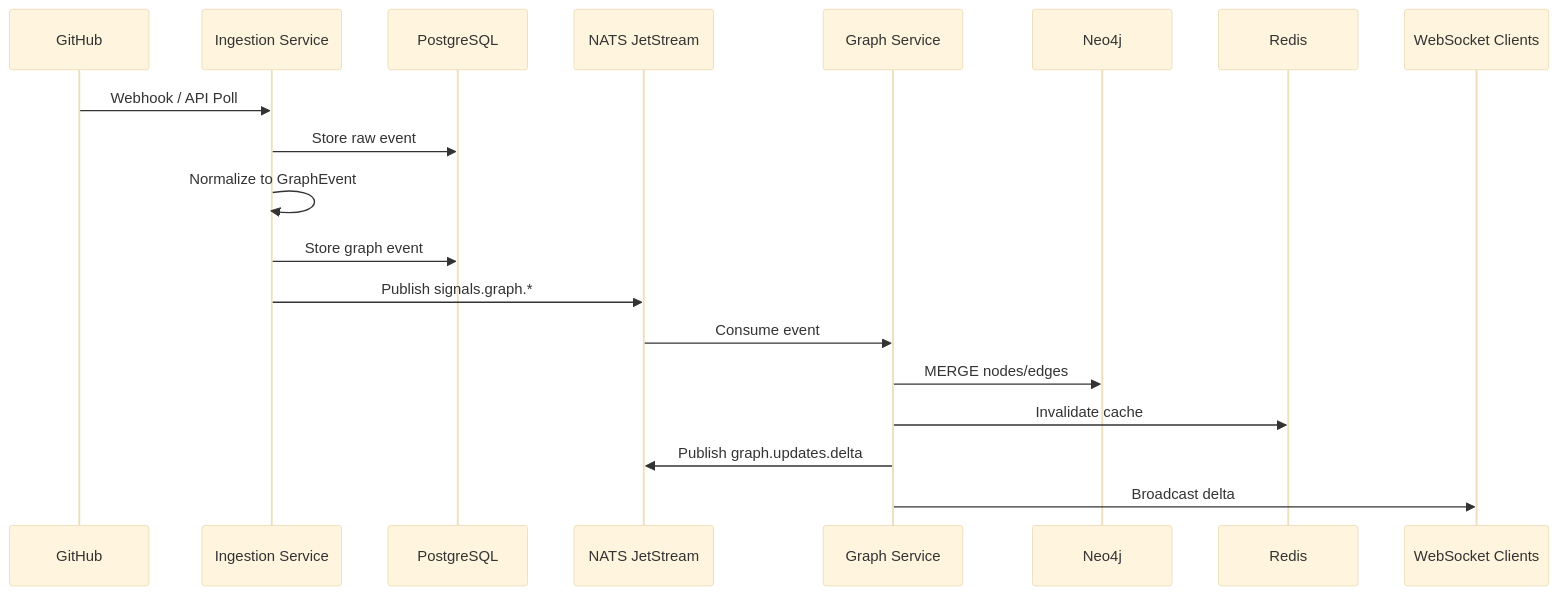
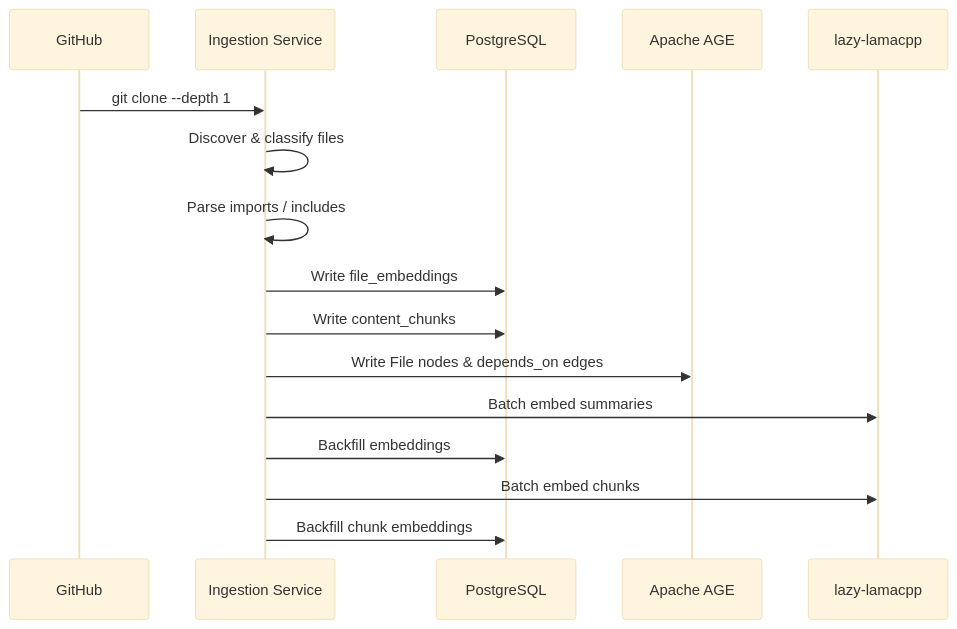
One commit to invariantcontinuum/substrate changed the second of 3 diagrams in docs/architecture/index.md. Above: the diagram before and after it, drawn with Mermaid (base theme). The commit also changed other lines of this file and 19 other files, not shown here.

````diff
--- a/docs/architecture/index.md
+++ b/docs/architecture/index.md
@@ -98,22 +89,19 @@
 ```mermaid
 sequenceDiagram
     participant GitHub
     participant ING as Ingestion Service
     participant PG as PostgreSQL
-    participant NATS as NATS JetStream
-    participant GRAPH as Graph Service
-    participant NEO as Neo4j
-    participant REDIS as Redis
-    participant WS as WebSocket Clients
+    participant AGE as Apache AGE
+    participant LLM as lazy-lamacpp
 
-    GitHub->>ING: Webhook / API Poll
-    ING->>PG: Store raw event
-    ING->>ING: Normalize to GraphEvent
-    ING->>PG: Store graph event
-    ING->>NATS: Publish signals.graph.*
-    NATS->>GRAPH: Consume event
-    GRAPH->>NEO: MERGE nodes/edges
-    GRAPH->>REDIS: Invalidate cache
-    GRAPH->>NATS: Publish graph.updates.delta
-    GRAPH->>WS: Broadcast delta
+    GitHub->>ING: git clone --depth 1
+    ING->>ING: Discover & classify files
+    ING->>ING: Parse imports / includes
+    ING->>PG: Write file_embeddings
+    ING->>PG: Write content_chunks
+    ING->>AGE: Write File nodes & depends_on edges
+    ING->>LLM: Batch embed summaries
+    ING->>PG: Backfill embeddings
+    ING->>LLM: Batch embed chunks
+    ING->>PG: Backfill chunk embeddings
 ```
````
